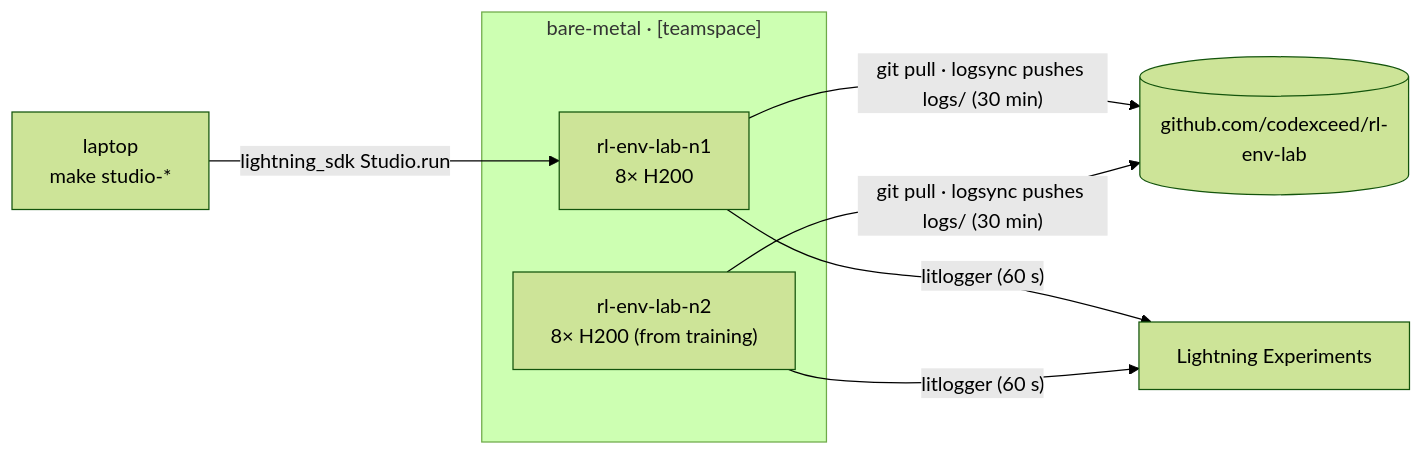
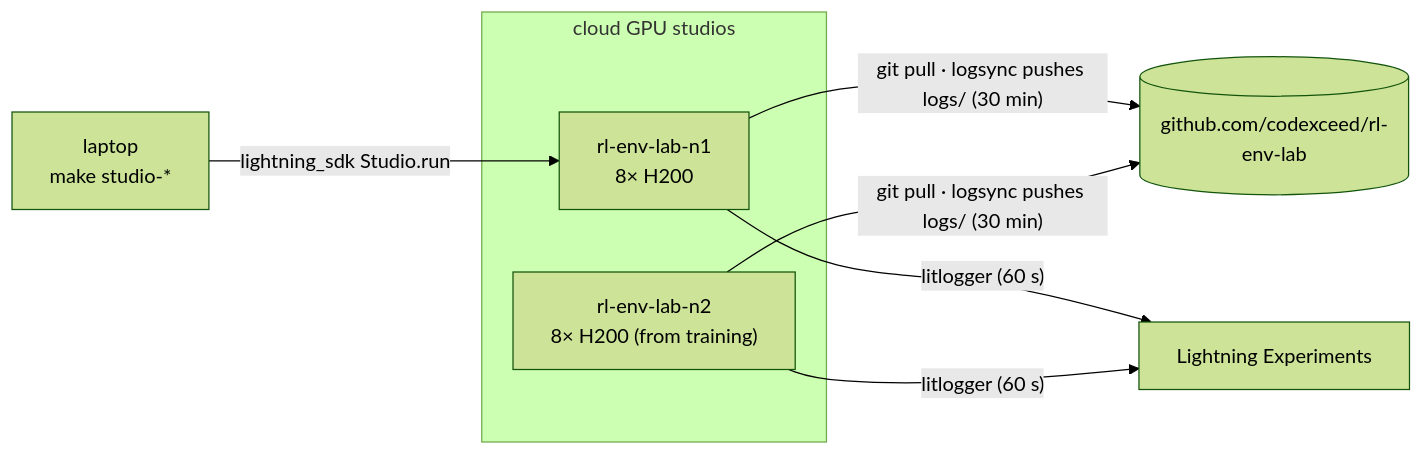
The seventh of 7 diagrams in ARCHITECTURE.md (codexceed/rl-env-lab), drawn with Mermaid (forest theme) before and after one commit. The commit also changed 9 other files, not shown here.

````diff
--- a/ARCHITECTURE.md
+++ b/ARCHITECTURE.md
@@ -215,10 +215,10 @@
 ```mermaid
 flowchart LR
   LAP["laptop<br/>make studio-*"] -->|"lightning_sdk Studio.run"| N1
-  subgraph BM["bare-metal · [teamspace]"]
+  subgraph BM["cloud GPU studios"]
     N1["rl-env-lab-n1<br/>8× H200"]
     N2["rl-env-lab-n2<br/>8× H200 (from training)"]
   end
   N1 & N2 -->|"git pull · logsync pushes logs/ (30 min)"| GH[("github.com/codexceed/rl-env-lab")]
   N1 & N2 -->|"litlogger (60 s)"| LE["Lightning Experiments"]
 ```
````
